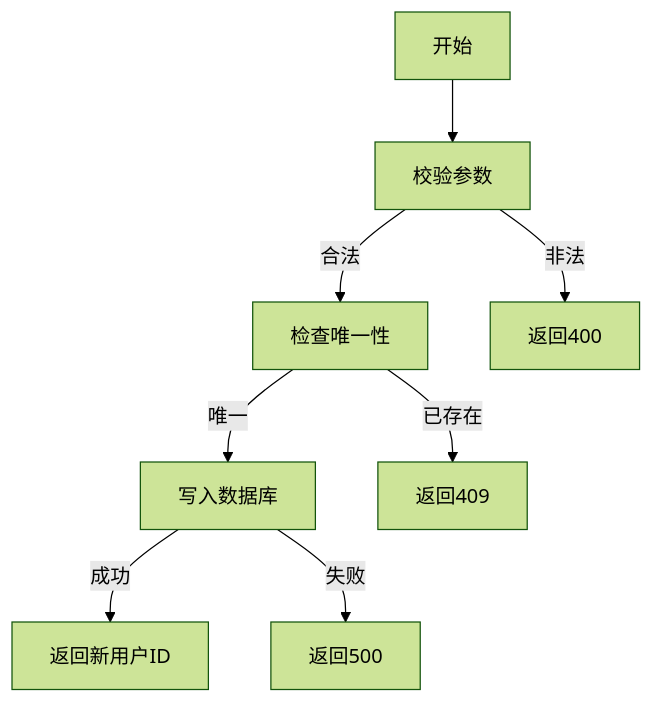
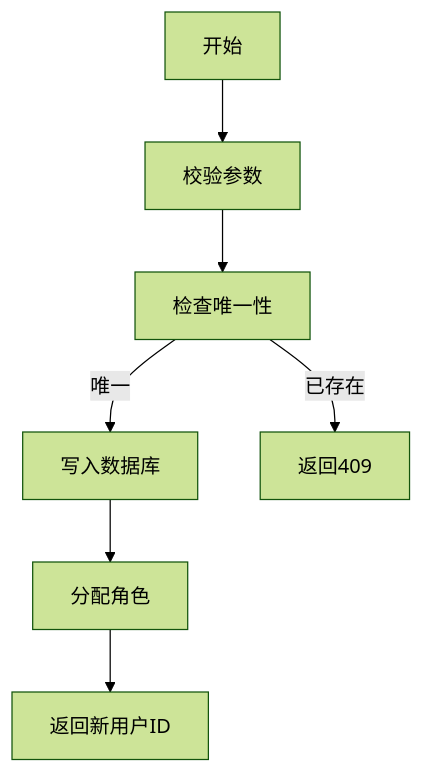
Before and after one commit to YoungBoyGod/OneGoServer: the diagram in docs/需求文档/user/userCreate.md, drawn with Mermaid (forest theme). The commit also changed other lines of this file and 60 other files, not shown here.

````diff
--- a/docs/需求文档/user/userCreate.md
+++ b/docs/需求文档/user/userCreate.md
@@ -68,10 +94,9 @@
 ```mermaid
-flowchart TD
+graph TD
     A[开始] --> B[校验参数]
-    B -- 合法 --> C[检查唯一性]
-    C -- 唯一 --> D[写入数据库]
-    D -- 成功 --> E[返回新用户ID]
-    D -- 失败 --> F[返回500]
-    C -- 已存在 --> G[返回409]
-    B -- 非法 --> H[返回400]
+    B --> C[检查唯一性]
+    C -->|唯一| D[写入数据库]
+    C -->|已存在| E[返回409]
+    D --> F[分配角色]
+    F --> G[返回新用户ID]
 ```
````
